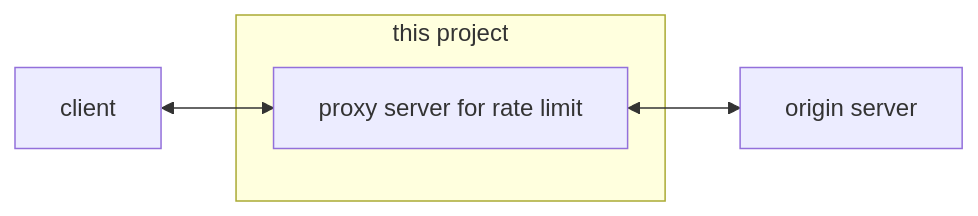
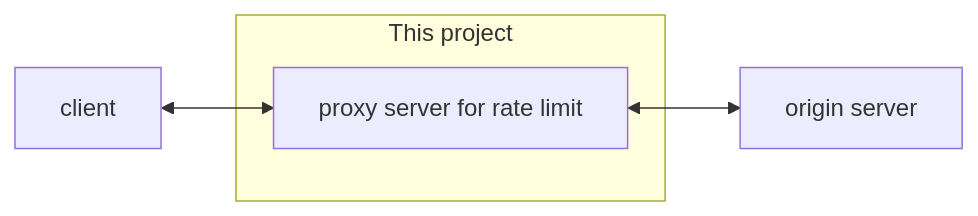
Before and after one commit to heumsi/implementing-system-design-interview: the first of 5 diagrams in 04-design-a-rate-limiter/README.md, drawn with Mermaid. The commit also changed other lines of this file, not shown here.

````diff
--- a/04-design-a-rate-limiter/README.md
+++ b/04-design-a-rate-limiter/README.md
@@ -216,8 +216,8 @@
 ```mermaid
 graph LR
-    subgraph this project
+    subgraph This project
         p[proxy server for rate limit]
     end
     c[client] <--> p
     p <--> s[origin server]
 ```
````
